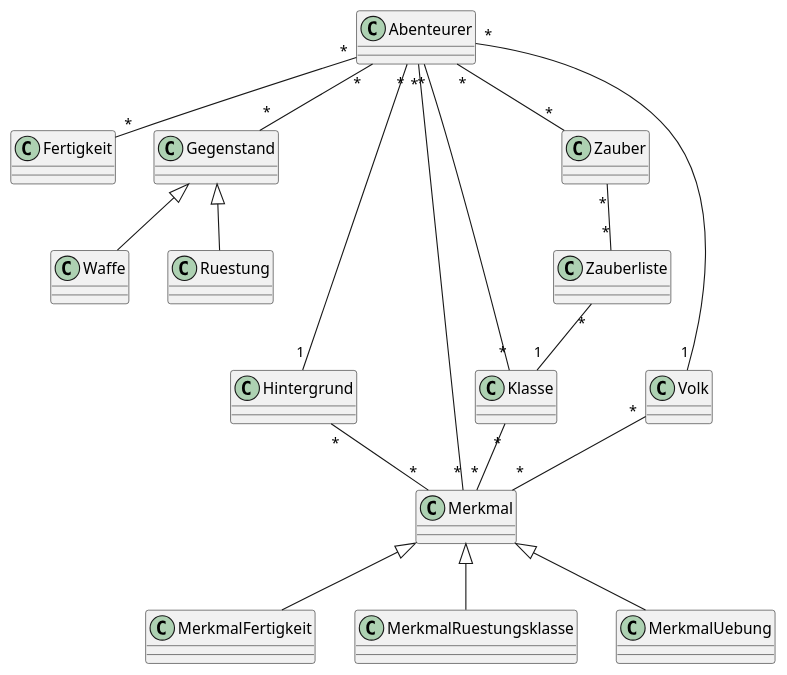
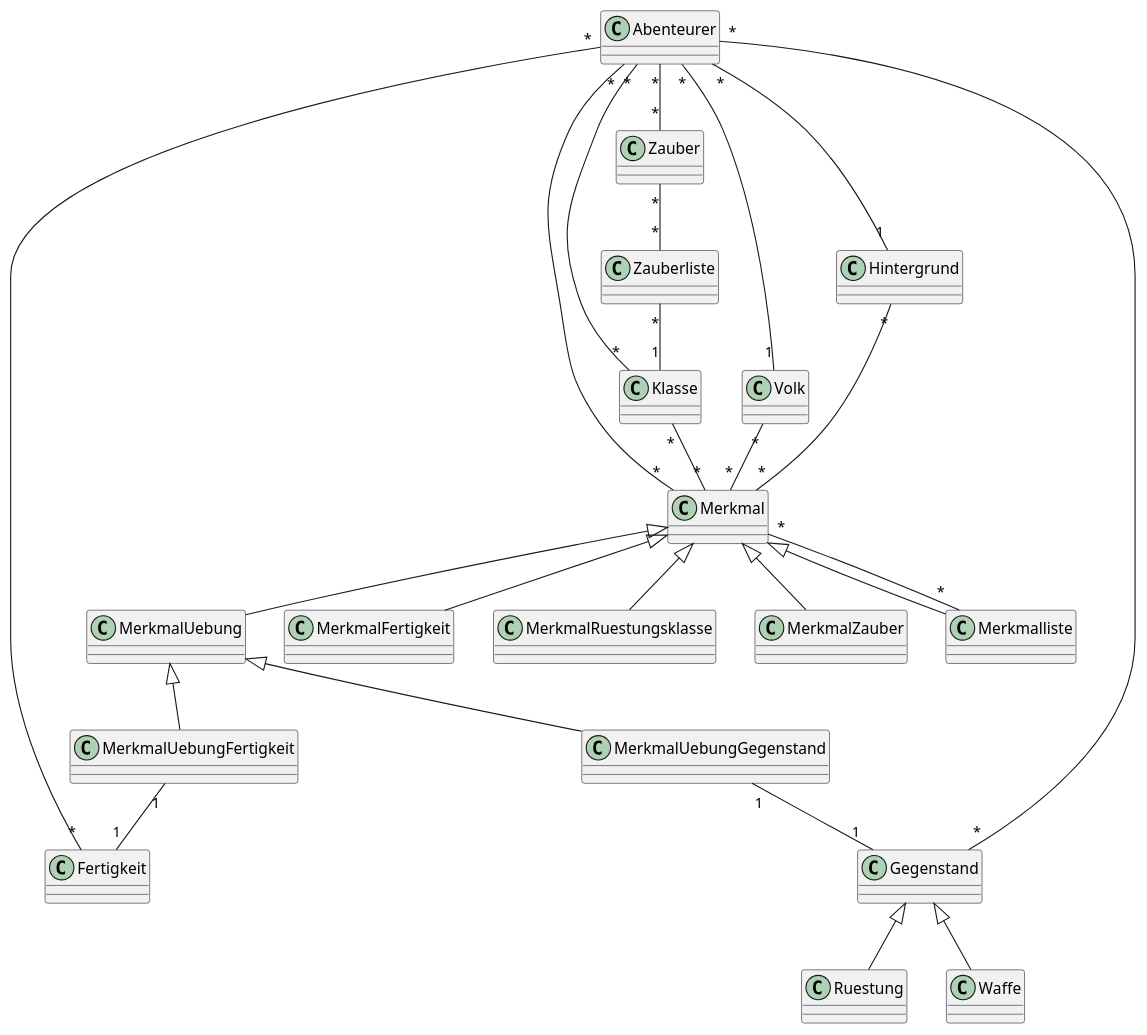
The diagram in docs/architecture/domain-diagram-level-0.plantuml (greifentor/carp-cm-5e), drawn with PlantUML before and after one commit.

Commit message:
Worked on domain model.

```diff
--- a/docs/architecture/domain-diagram-level-0.plantuml
+++ b/docs/architecture/domain-diagram-level-0.plantuml
@@ -1,38 +1,53 @@
 @startuml
 
 class Abenteurer
 class Fertigkeit
 class Gegenstand
 class Hintergrund
 class Klasse
 class Merkmal
+class Merkmalliste
+class MerkmalUebung
+class MerkmalUebungFertigkeit
+class MerkmalUebungGegenstand
 class Volk
 class Zauber
 class Zauberliste
 
 Abenteurer "*" -- "1" Hintergrund
 Abenteurer "*" -- "*" Fertigkeit
 Abenteurer "*" -- "*" Gegenstand
 Abenteurer "*" -- "*" Klasse
 Abenteurer "*" -- "*" Merkmal
 Abenteurer "*" -- "1" Volk
 Abenteurer "*" -- "*" Zauber
 
 Gegenstand <|-- Ruestung
 Gegenstand <|-- Waffe
 
 Hintergrund "*" -- "*" Merkmal
 
 Klasse "*" -- "*" Merkmal
 
 Merkmal <|-- MerkmalFertigkeit
+Merkmal <|-- Merkmalliste
 Merkmal <|-- MerkmalRuestungsklasse
 Merkmal <|-- MerkmalUebung
+Merkmal <|-- MerkmalZauber
+
+Merkmalliste "*" -- "*" Merkmal
+
+MerkmalUebungFertigkeit "1" -- "1" Fertigkeit
+MerkmalUebungGegenstand "1" -- "1" Gegenstand
+
+MerkmalUebung <|-- MerkmalUebungFertigkeit
+MerkmalUebung <|-- MerkmalUebungGegenstand
 
 Volk "*" -- "*" Merkmal
 
 Zauber "*" -- "*" Zauberliste
 
+
 Zauberliste "*" -- "1" Klasse
 
 @enduml
```
